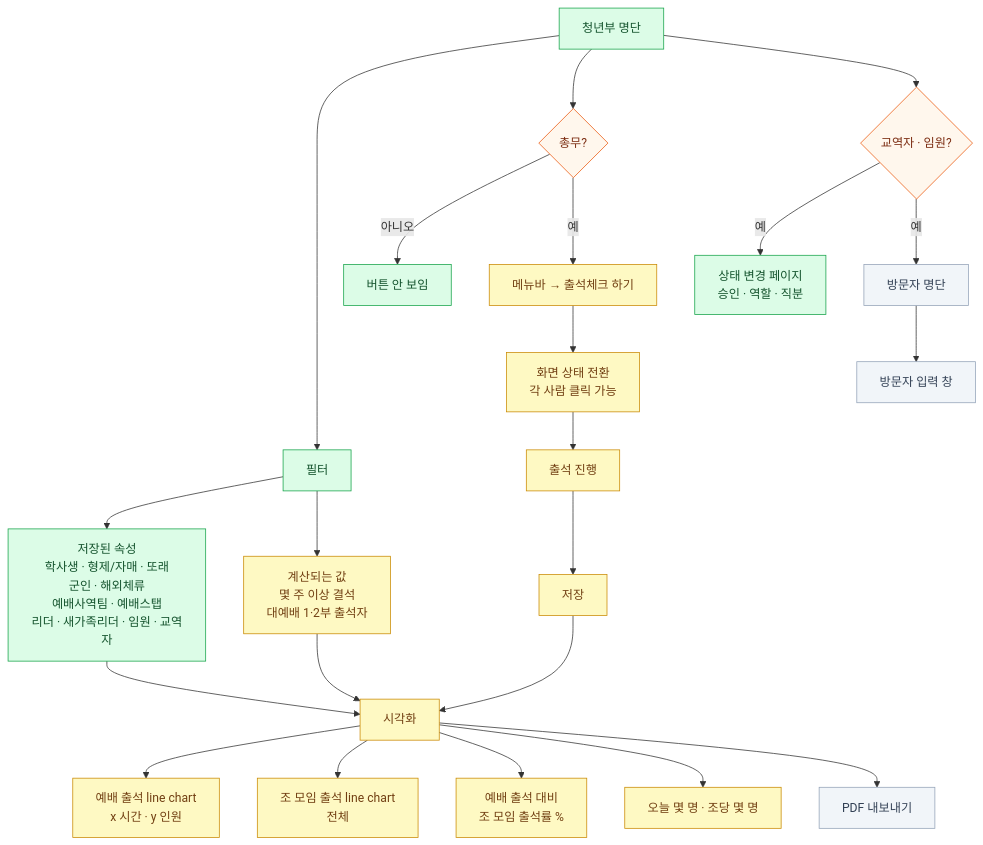
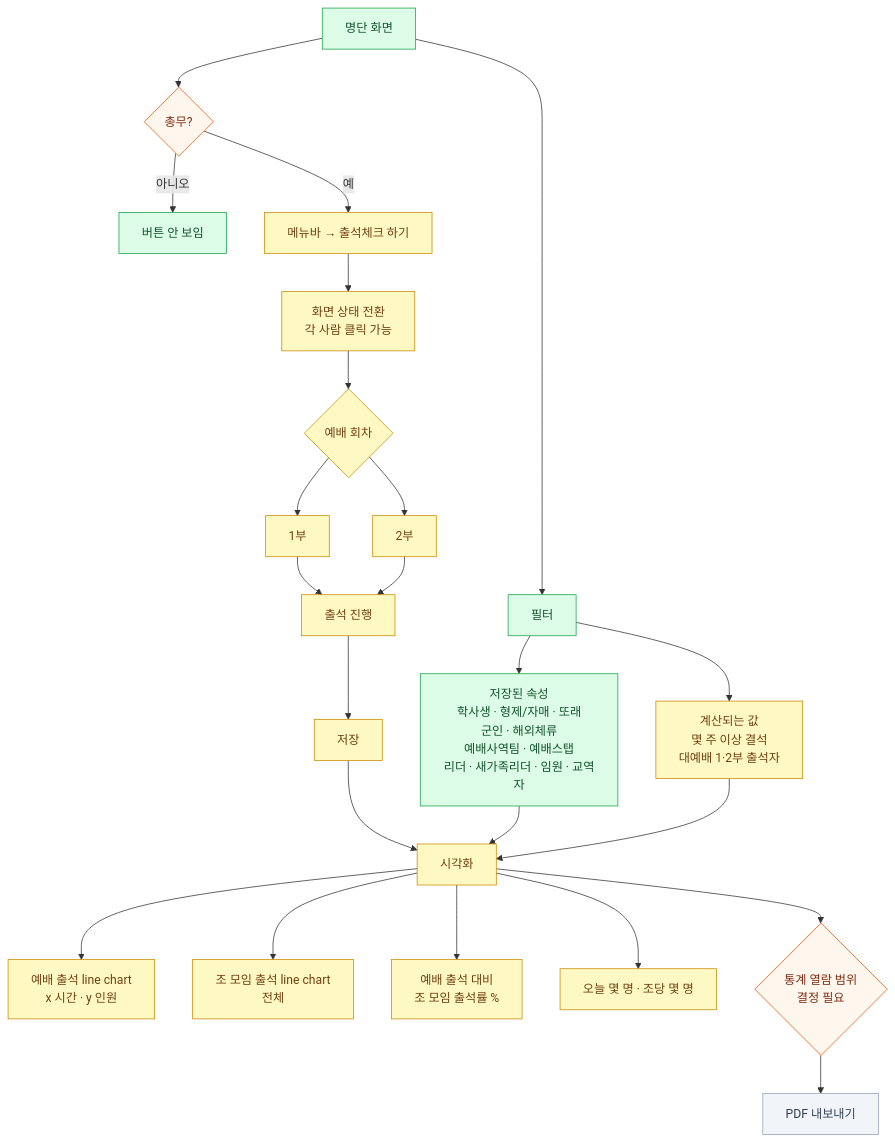
The seventh of 8 diagrams in back/docs/SCREENS.md (sarangchoi-1/project-300), drawn with Mermaid before and after one commit. The commit also changed other lines of this file and 1 other file, not shown here.

````diff
--- a/back/docs/SCREENS.md
+++ b/back/docs/SCREENS.md
@@ -261,38 +351,38 @@
 ```mermaid
 flowchart TD
-  List["청년부 명단"] --> Filter["필터"]
+  List["명단 화면"] --> MGate{"총무?"}
+  MGate -->|"아니오"| NoBtn["버튼 안 보임"]
+  MGate -->|"예"| MenuBtn["메뉴바 → 출석체크 하기"]
+  MenuBtn --> Mode["화면 상태 전환<br/>각 사람 클릭 가능"]
+  Mode --> Part{"예배 회차"}
+  Part --> P1["1부"]
+  Part --> P2["2부"]
+  P1 --> Doing["출석 진행"]
+  P2 --> Doing
+  Doing --> SaveA["저장"]
 
+  List --> Filter["필터"]
   Filter --> FS["저장된 속성<br/>학사생 · 형제/자매 · 또래<br/>군인 · 해외체류<br/>예배사역팀 · 예배스탭<br/>리더 · 새가족리더 · 임원 · 교역자"]
   Filter --> FD["계산되는 값<br/>몇 주 이상 결석<br/>대예배 1·2부 출석자"]
 
-  FS --> Viz["시각화"]
+  SaveA --> Viz["시각화"]
+  FS --> Viz
   FD --> Viz
+
   Viz --> VZ1["예배 출석 line chart<br/>x 시간 · y 인원"]
   Viz --> VZ2["조 모임 출석 line chart<br/>전체"]
   Viz --> VZ3["예배 출석 대비<br/>조 모임 출석률 %"]
   Viz --> VZ4["오늘 몇 명 · 조당 몇 명"]
 
-  List --> MGate{"총무?"}
-  MGate -->|"아니오"| NoBtn["버튼 안 보임"]
-  MGate -->|"예"| MenuBtn["메뉴바 → 출석체크 하기"]
-  MenuBtn --> Mode["화면 상태 전환<br/>각 사람 클릭 가능"]
-  Mode --> Doing["출석 진행"]
-  Doing --> SaveA["저장"]
-  SaveA --> Viz
-
-  List --> OGate{"교역자 · 임원?"}
-  OGate -->|"예"| StatePage["상태 변경 페이지<br/>승인 · 역할 · 직분"]
-  OGate -->|"예"| VisList["방문자 명단"]
-  VisList --> VisAdd["방문자 입력 창"]
-
-  Viz --> Export["PDF 내보내기"]
+  Viz --> VGate{"통계 열람 범위<br/>결정 필요"}
+  VGate --> Export["PDF 내보내기"]
 
   classDef p1 fill:#dcfce7,stroke:#16a34a,color:#14532d
   classDef p2 fill:#fef9c3,stroke:#ca8a04,color:#713f12
   classDef p3 fill:#f1f5f9,stroke:#94a3b8,color:#334155
   classDef gate fill:#fff7ed,stroke:#ea580c,color:#7c2d12
-  class List,Filter,FS,StatePage,NoBtn p1
-  class FD,Viz,VZ1,VZ2,VZ3,VZ4,MenuBtn,Mode,Doing,SaveA p2
-  class VisList,VisAdd,Export p3
-  class MGate,OGate gate
+  class List,Filter,FS,NoBtn p1
+  class FD,Viz,VZ1,VZ2,VZ3,VZ4,MenuBtn,Mode,Doing,SaveA,Part,P1,P2 p2
+  class Export p3
+  class MGate,VGate gate
 ```
````
